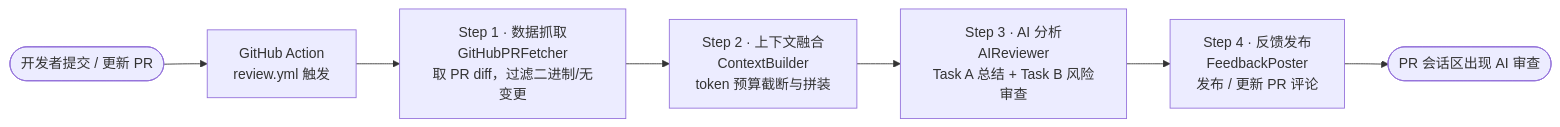
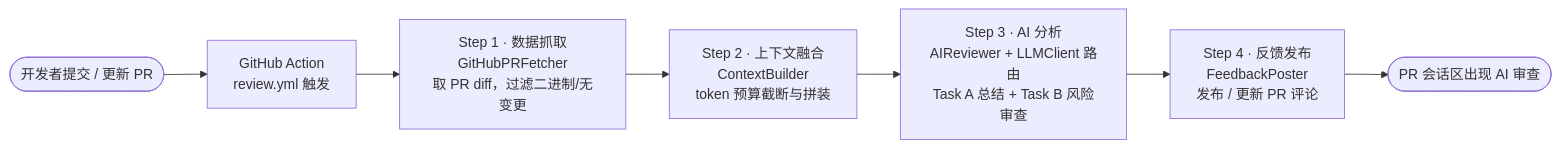
Before and after one commit to beiye66/LogicGuard-PR: the diagram in README.md, drawn with Mermaid. The commit also changed other lines of this file and 7 other files, not shown here.

````diff
--- a/README.md
+++ b/README.md
@@ -60,9 +60,9 @@
 ```mermaid
 flowchart LR
     A([开发者提交 / 更新 PR]) --> B[GitHub Action<br/>review.yml 触发]
     B --> C["Step 1 · 数据抓取<br/>GitHubPRFetcher<br/>取 PR diff，过滤二进制/无变更"]
     C --> D["Step 2 · 上下文融合<br/>ContextBuilder<br/>token 预算截断与拼装"]
-    D --> E["Step 3 · AI 分析<br/>AIReviewer<br/>Task A 总结 + Task B 风险审查"]
+    D --> E["Step 3 · AI 分析<br/>AIReviewer + LLMClient 路由<br/>Task A 总结 + Task B 风险审查"]
     E --> F["Step 4 · 反馈发布<br/>FeedbackPoster<br/>发布 / 更新 PR 评论"]
     F --> G([PR 会话区出现 AI 审查])
 ```
````
